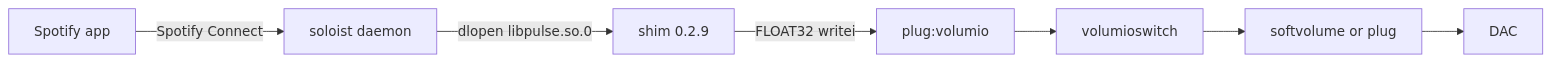
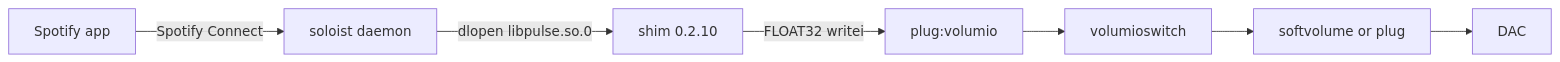
Before and after one commit to foonerd/alsa_soloist_connect: the first of 4 diagrams in README.md, drawn with Mermaid. The commit also changed other lines of this file and 14 other files, not shown here.

````diff
--- a/README.md
+++ b/README.md
@@ -31,9 +31,9 @@
 ```mermaid
 flowchart LR
     SpotifyApp["Spotify app"] -->|"Spotify Connect"| Soloist["soloist daemon"]
-    Soloist -->|"dlopen libpulse.so.0"| Shim["shim 0.2.9"]
+    Soloist -->|"dlopen libpulse.so.0"| Shim["shim 0.2.10"]
     Shim -->|"FLOAT32 writei"| Plug["plug:volumio"]
     Plug --> Switch["volumioswitch"]
     Switch --> Out["softvolume or plug"]
     Out --> Dac["DAC"]
 ```
````
